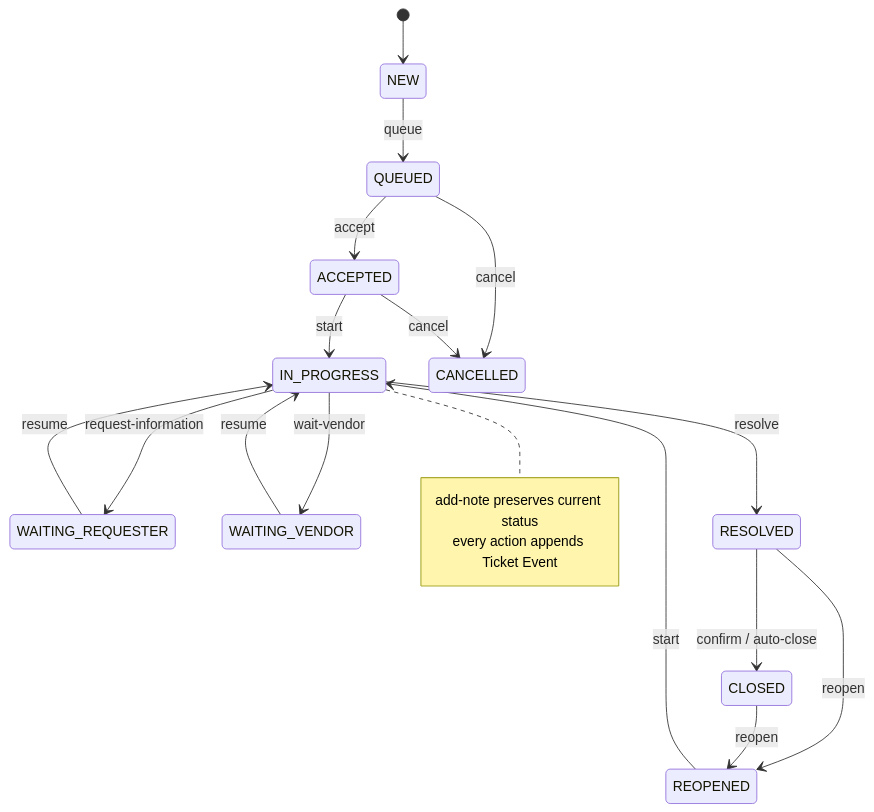
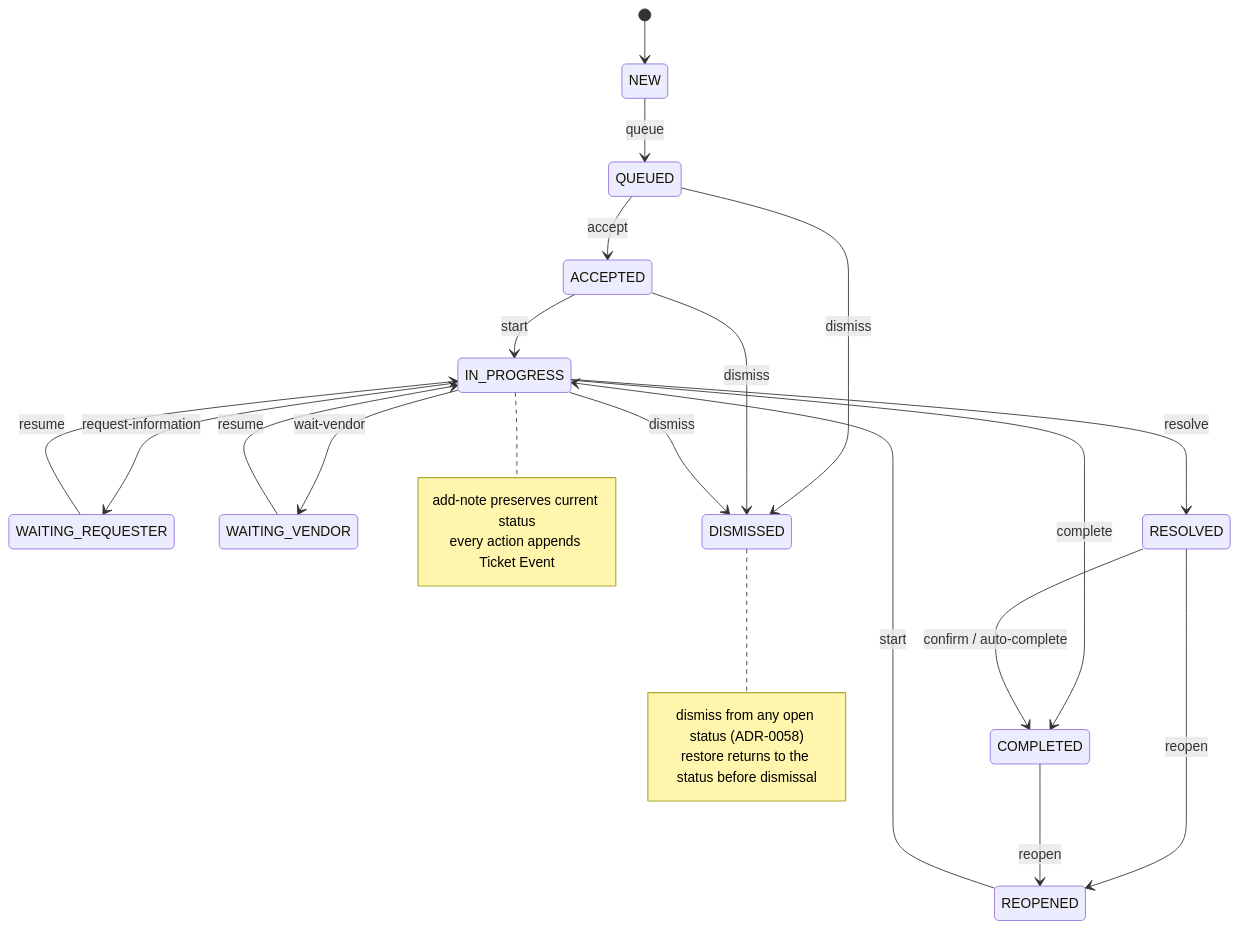
Before and after one commit to peterkis/Fault-Reporting-WeCom-Assistant: the diagram in architecture/full_ticket_lifecycle.mmd, drawn with Mermaid. The commit also changed 287 other files, not shown here.

First line of the commit message:
feat(32C-D): 拆分「完成」与「关闭」：COMPLETED / DISMISSED、migration 072

```diff
--- a/architecture/full_ticket_lifecycle.mmd
+++ b/architecture/full_ticket_lifecycle.mmd
@@ -1,20 +1,26 @@
 stateDiagram-v2
   [*] --> NEW
   NEW --> QUEUED: queue
   QUEUED --> ACCEPTED: accept
   ACCEPTED --> IN_PROGRESS: start
   IN_PROGRESS --> WAITING_REQUESTER: request-information
   WAITING_REQUESTER --> IN_PROGRESS: resume
   IN_PROGRESS --> WAITING_VENDOR: wait-vendor
   WAITING_VENDOR --> IN_PROGRESS: resume
   IN_PROGRESS --> RESOLVED: resolve
-  RESOLVED --> CLOSED: confirm / auto-close
+  IN_PROGRESS --> COMPLETED: complete
+  RESOLVED --> COMPLETED: confirm / auto-complete
   RESOLVED --> REOPENED: reopen
-  CLOSED --> REOPENED: reopen
+  COMPLETED --> REOPENED: reopen
   REOPENED --> IN_PROGRESS: start
-  QUEUED --> CANCELLED: cancel
-  ACCEPTED --> CANCELLED: cancel
+  QUEUED --> DISMISSED: dismiss
+  ACCEPTED --> DISMISSED: dismiss
+  IN_PROGRESS --> DISMISSED: dismiss
+  note right of DISMISSED
+    dismiss from any open status (ADR-0058)
+    restore returns to the status before dismissal
+  end note
   note right of IN_PROGRESS
     add-note preserves current status
     every action appends Ticket Event
   end note
```
